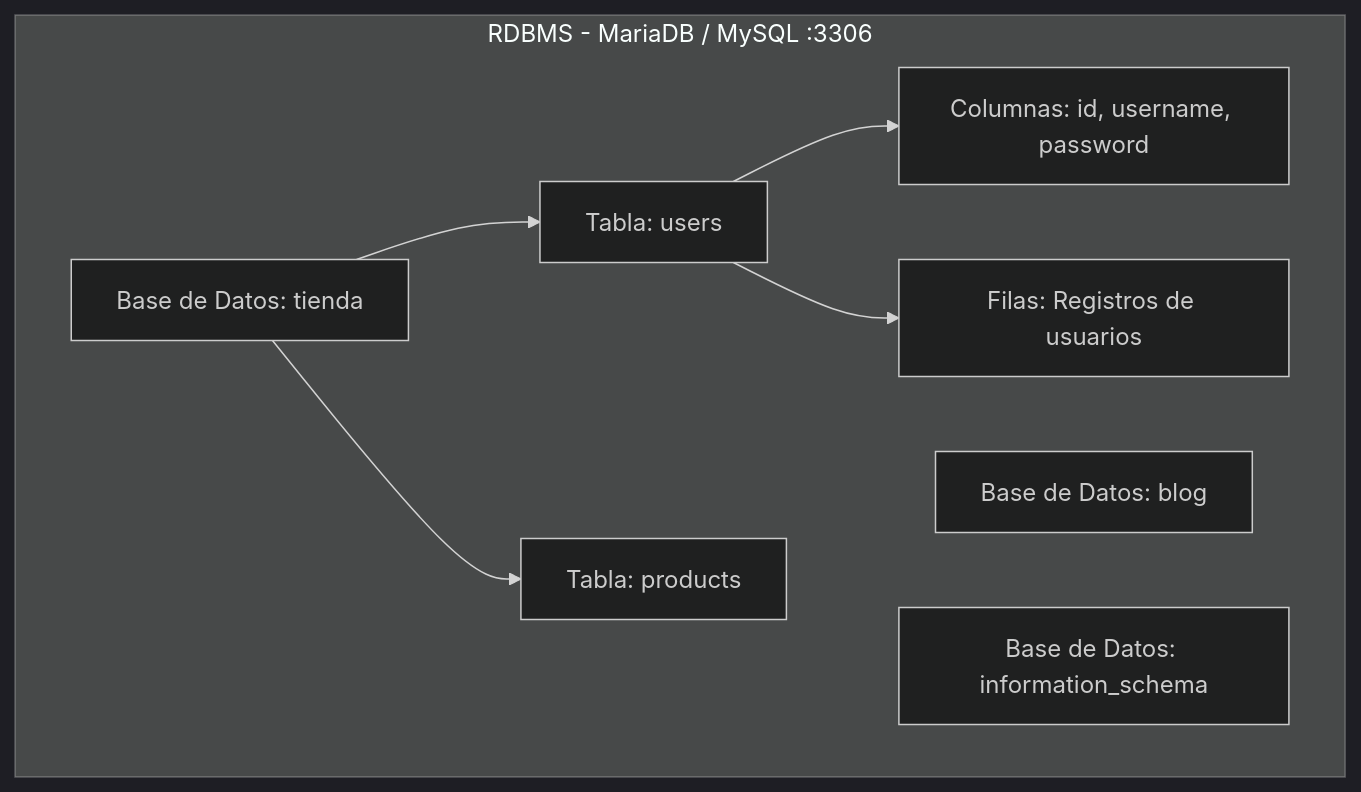
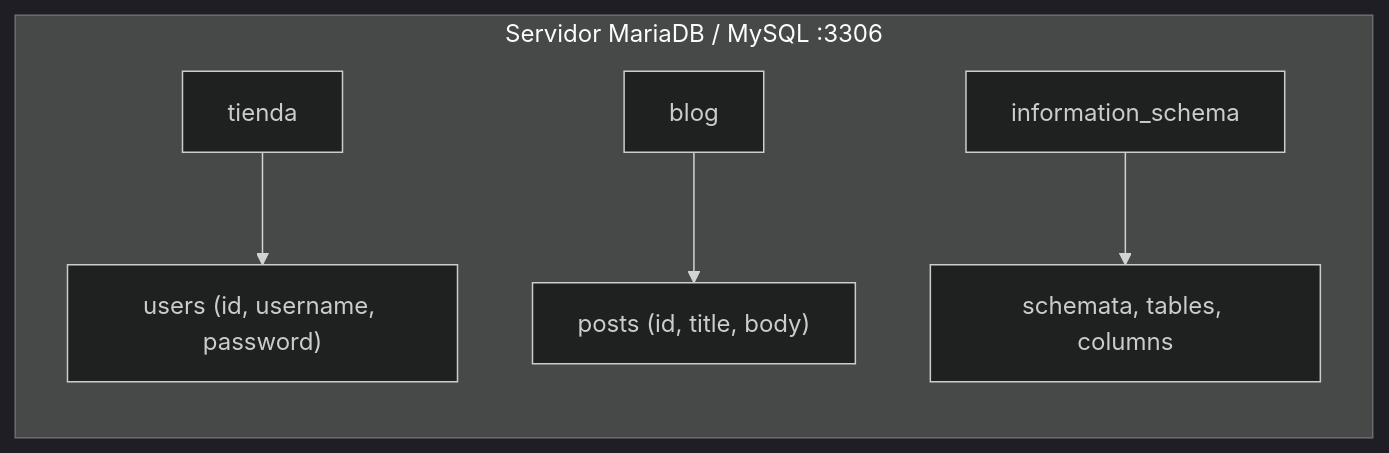
Before and after one commit to purpesec/Cybersecurity-For-Beginners: the second of 5 diagrams in pentesting-web/02-fundamentos-sql/README.md, drawn with Mermaid (dark theme). The commit also changed other lines of this file and 5 other files, not shown here.

````diff
--- a/pentesting-web/02-fundamentos-sql/README.md
+++ b/pentesting-web/02-fundamentos-sql/README.md
@@ -26,14 +30,8 @@
 ```mermaid
-flowchart TD
-    subgraph Servidor de Base de Datos [RDBMS - MariaDB / MySQL :3306]
-        DB1[Base de Datos: tienda]
-        DB2[Base de Datos: blog]
-        DB_SYS[Base de Datos: information_schema]
-        
-        DB1 --> T1[Tabla: users]
-        DB1 --> T2[Tabla: products]
-        
-        T1 --> C1[Columnas: id, username, password]
-        T1 --> R1[Filas: Registros de usuarios]
+flowchart LR
+    subgraph RDBMS["Servidor MariaDB / MySQL :3306"]
+        DB1["tienda"] --> T1["users (id, username, password)"]
+        DB2["blog"] --> T2["posts (id, title, body)"]
+        DBSYS["information_schema"] --> T3["schemata, tables, columns"]
     end
 ```
````
